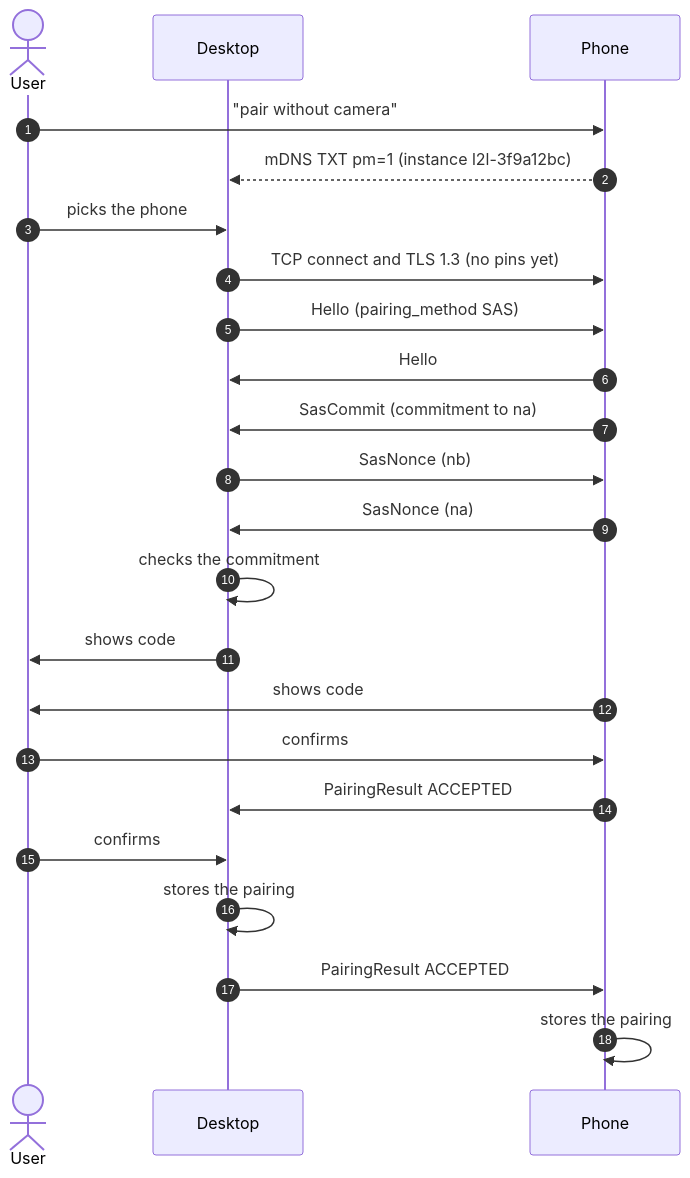
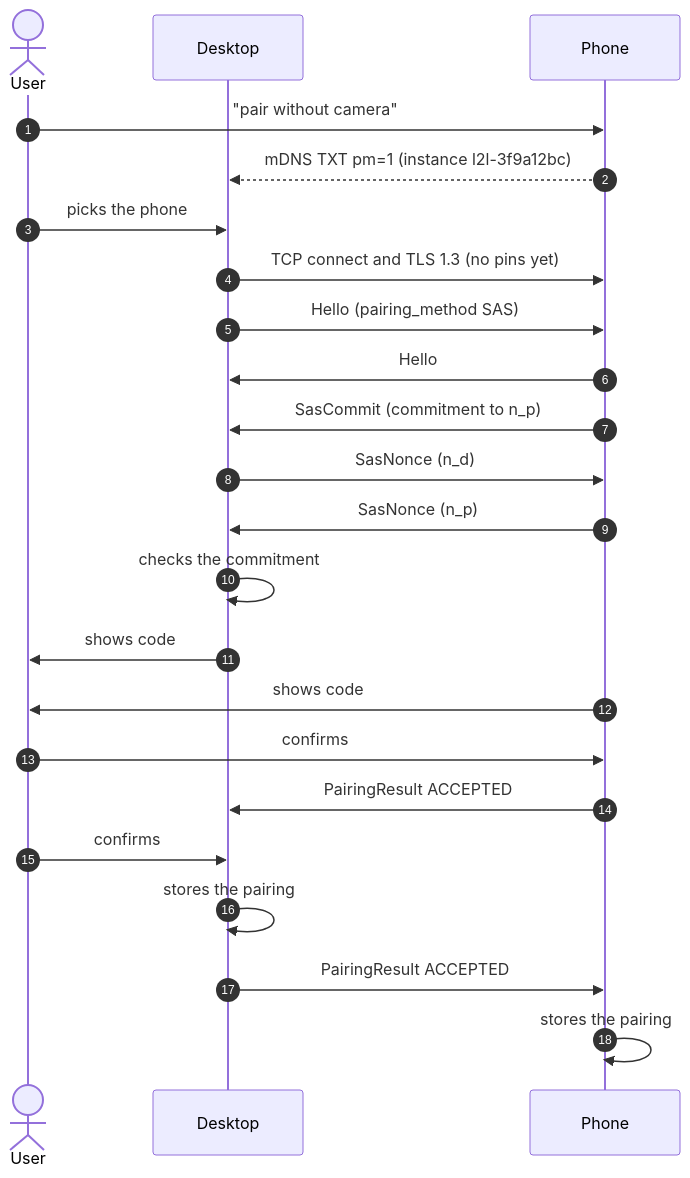
One commit to codesensei-tushar/link2linux changed the second of 3 diagrams in docs/protocol.md. Above: the diagram before and after it, drawn with Mermaid. The commit also changed other lines of this file and 2 other files, not shown here.

````diff
--- a/docs/protocol.md
+++ b/docs/protocol.md
@@ -429,25 +440,25 @@
 ```mermaid
 sequenceDiagram
     autonumber
     actor U as User
     participant D as Desktop
     participant P as Phone
     U->>P: "pair without camera"
     P-->>D: mDNS TXT pm=1 (instance l2l-3f9a12bc)
     U->>D: picks the phone
     D->>P: TCP connect and TLS 1.3 (no pins yet)
     D->>P: Hello (pairing_method SAS)
     P->>D: Hello
-    P->>D: SasCommit (commitment to na)
-    D->>P: SasNonce (nb)
-    P->>D: SasNonce (na)
+    P->>D: SasCommit (commitment to n_p)
+    D->>P: SasNonce (n_d)
+    P->>D: SasNonce (n_p)
     D->>D: checks the commitment
     D->>U: shows code
     P->>U: shows code
     U->>P: confirms
     P->>D: PairingResult ACCEPTED
     U->>D: confirms
     D->>D: stores the pairing
     D->>P: PairingResult ACCEPTED
     P->>P: stores the pairing
 ```
````
